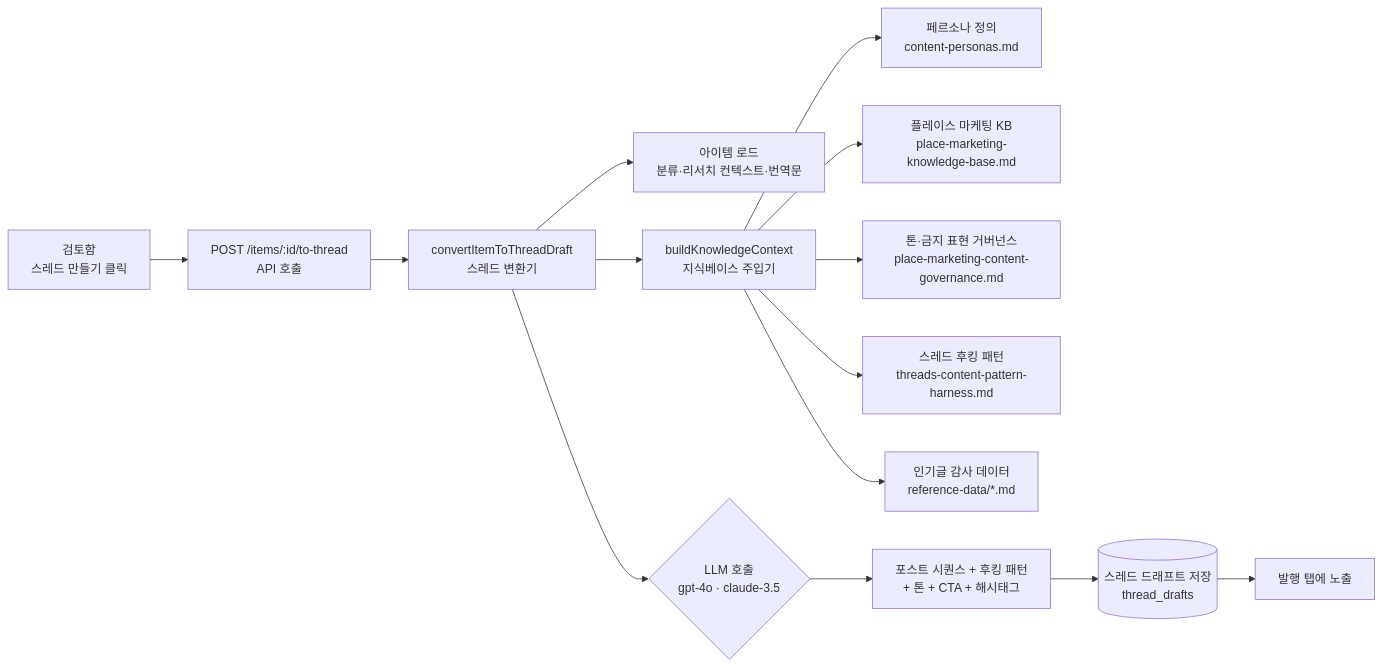
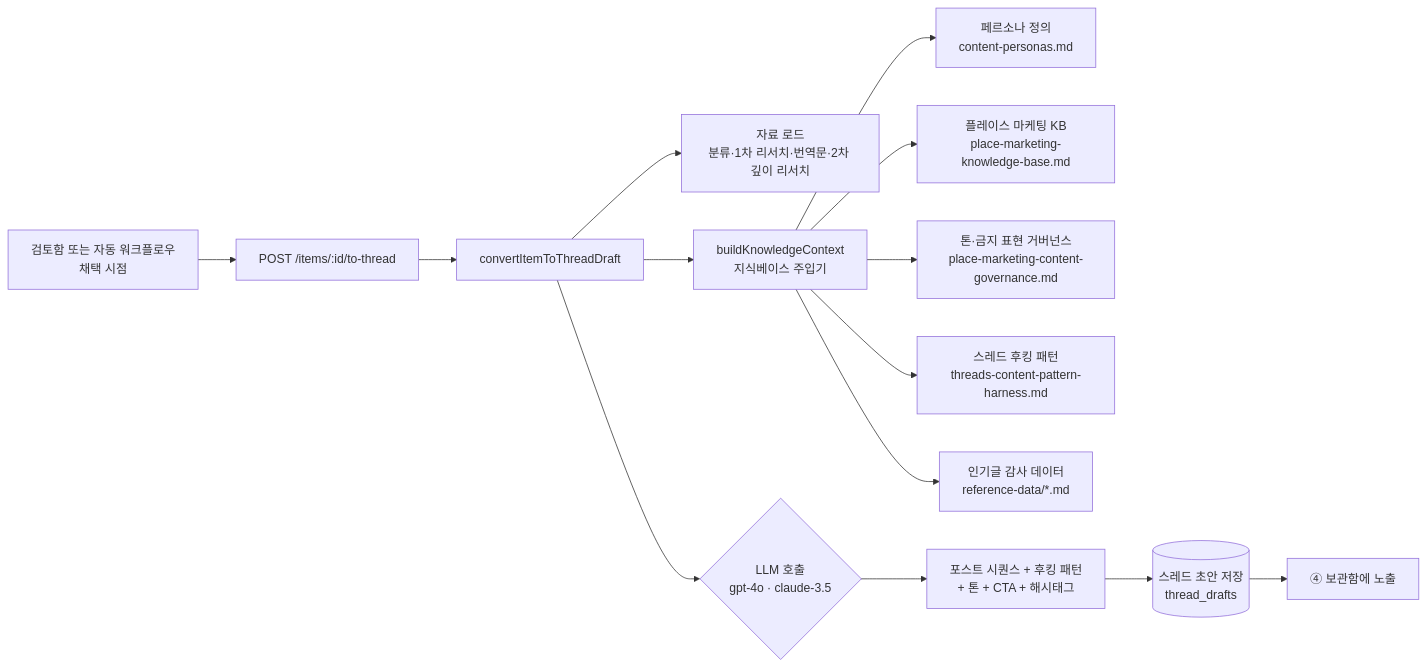
One commit to giveneeds/give-randing changed the seventh of 9 diagrams in docs/content-studio-pipeline-spec.md. Above: the diagram before and after it, drawn with Mermaid. The commit also changed other lines of this file and 15 other files, not shown here.

First line of the commit message:
feat(content-studio): 텔레그램 채택 → 2차 워크플로우 안정화 + 명세·다이어그램 갱신

````diff
--- a/docs/content-studio-pipeline-spec.md
+++ b/docs/content-studio-pipeline-spec.md
@@ -193,16 +417,16 @@
 ```mermaid
 flowchart LR
-  A[검토함<br/>스레드 만들기 클릭] --> B[POST /items/:id/to-thread<br/>API 호출]
-  B --> C[convertItemToThreadDraft<br/>스레드 변환기]
-  C --> D[아이템 로드<br/>분류·리서치 컨텍스트·번역문]
+  A[검토함 또는 자동 워크플로우<br/>채택 시점] --> B[POST /items/:id/to-thread]
+  B --> C[convertItemToThreadDraft]
+  C --> D[자료 로드<br/>분류·1차 리서치·번역문·2차 깊이 리서치]
   C --> E[buildKnowledgeContext<br/>지식베이스 주입기]
   E --> KB1[페르소나 정의<br/>content-personas.md]
   E --> KB2[플레이스 마케팅 KB<br/>place-marketing-knowledge-base.md]
   E --> KB3[톤·금지 표현 거버넌스<br/>place-marketing-content-governance.md]
   E --> KB4[스레드 후킹 패턴<br/>threads-content-pattern-harness.md]
   E --> KB5[인기글 감사 데이터<br/>reference-data/*.md]
   C --> F{LLM 호출<br/>gpt-4o · claude-3.5}
   F --> G[포스트 시퀀스 + 후킹 패턴<br/>+ 톤 + CTA + 해시태그]
-  G --> H[(스레드 드래프트 저장<br/>thread_drafts)]
-  H --> I[발행 탭에 노출]
+  G --> H[(스레드 초안 저장<br/>thread_drafts)]
+  H --> I[④ 보관함에 노출]
 ```
````
